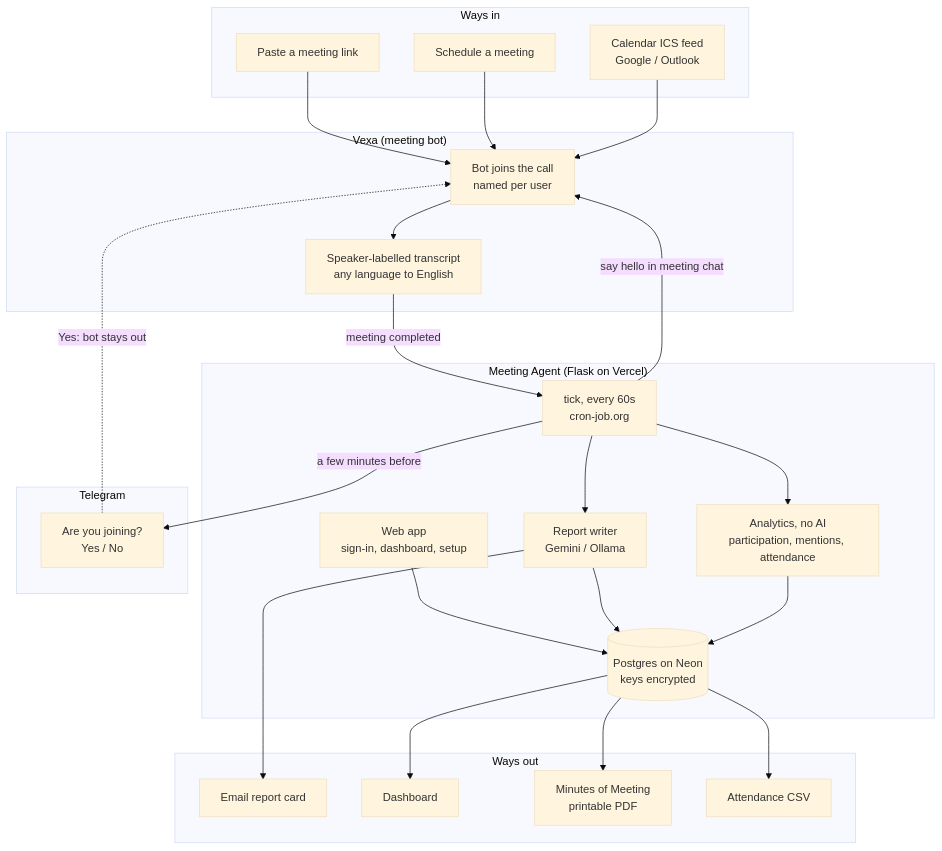
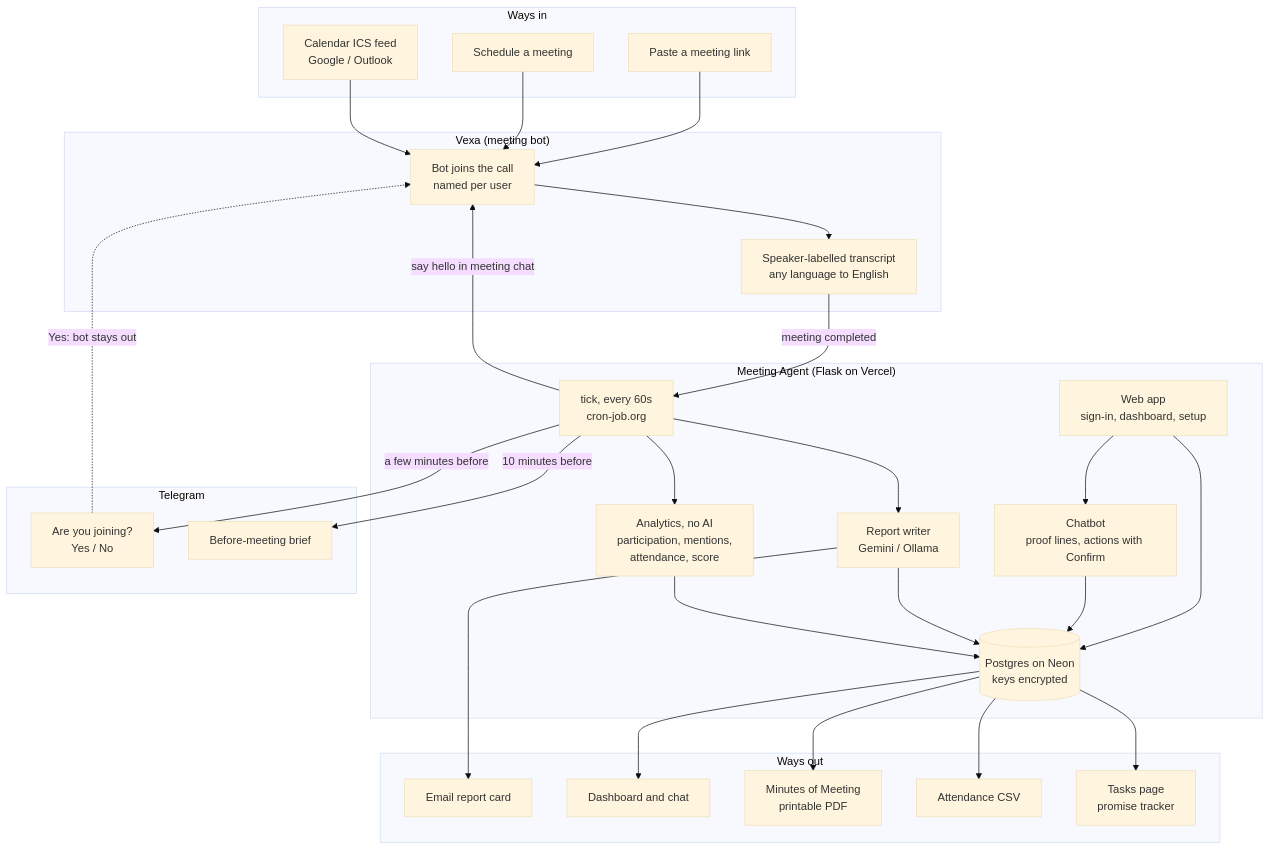
Before and after one commit to sameer-sde/meeting-agent: the diagram in README.md, drawn with Mermaid (base theme). The commit also changed other lines of this file, not shown here.

Commit message:
README: chatbot, transcript, recording, tasks, promise tracker, score

````diff
--- a/README.md
+++ b/README.md
@@ -36,50 +50,57 @@
 ```mermaid
 graph TB
     subgraph In ["Ways in"]
         L[Paste a meeting link]
         S[Schedule a meeting]
         K[Calendar ICS feed<br/>Google / Outlook]
     end
 
     subgraph Vexa ["Vexa (meeting bot)"]
         B[Bot joins the call<br/>named per user]
         TR[Speaker-labelled transcript<br/>any language to English]
         B --> TR
     end
 
     subgraph App ["Meeting Agent (Flask on Vercel)"]
         W[Web app<br/>sign-in, dashboard, setup]
         T[tick, every 60s<br/>cron-job.org]
         R[Report writer<br/>Gemini / Ollama]
-        A[Analytics, no AI<br/>participation, mentions, attendance]
+        A[Analytics, no AI<br/>participation, mentions,<br/>attendance, score]
+        CH[Chatbot<br/>proof lines, actions with Confirm]
         DB[(Postgres on Neon<br/>keys encrypted)]
         W --> DB
+        W --> CH
+        CH --> DB
         T --> R
         T --> A
         R --> DB
         A --> DB
     end
 
     subgraph TG ["Telegram"]
         Q[Are you joining?<br/>Yes / No]
+        BR[Before-meeting brief]
     end
 
     subgraph Out ["Ways out"]
         E[Email report card]
-        D[Dashboard]
+        D[Dashboard and chat]
         M[Minutes of Meeting<br/>printable PDF]
         C[Attendance CSV]
+        TK[Tasks page<br/>promise tracker]
     end
 
     L --> B
     S --> B
     K --> B
     T -->|a few minutes before| Q
+    T -->|10 minutes before| BR
     Q -.->|Yes: bot stays out| B
     T -->|say hello in meeting chat| B
     TR -->|meeting completed| T
     DB --> D
     R --> E
     DB --> M
     DB --> C
+    DB --> TK
 ```
````
